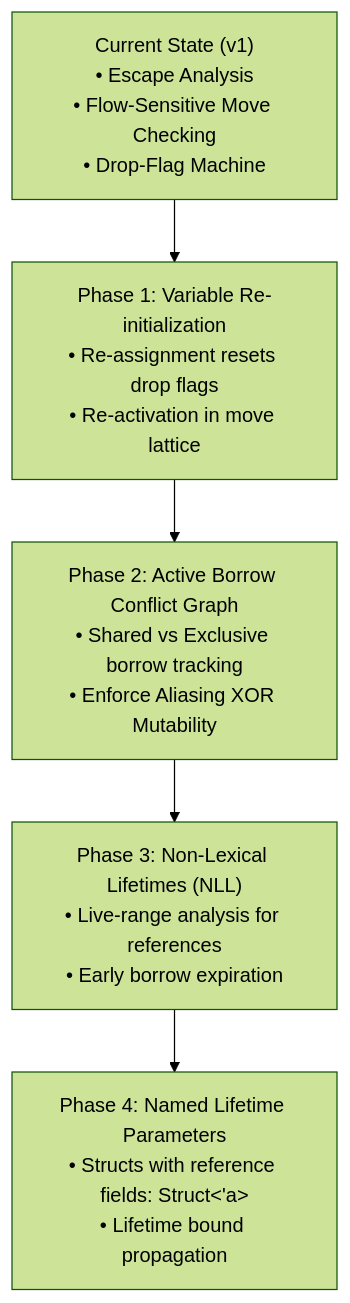
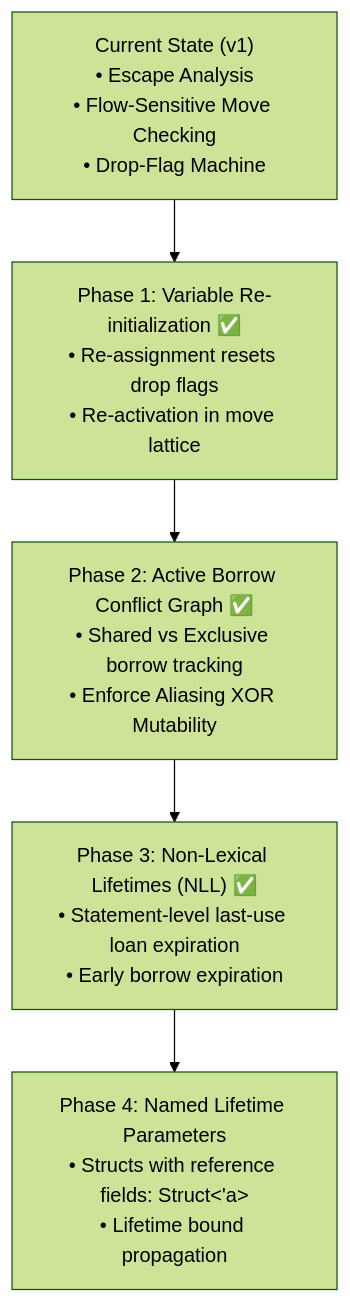
The diagram in docs/borrow-checker/current-limitations-and-roadmap.md (CierCier/silver), drawn with Mermaid (forest theme) before and after one commit. The commit also changed other lines of this file and 2 other files, not shown here.

Commit message:
docs: document NLL last-use loan expiration

````diff
--- a/docs/borrow-checker/current-limitations-and-roadmap.md
+++ b/docs/borrow-checker/current-limitations-and-roadmap.md
@@ -55,7 +62,7 @@
 ```mermaid
 flowchart TD
-    Current["Current State (v1)\n• Escape Analysis\n• Flow-Sensitive Move Checking\n• Drop-Flag Machine"] --> P1["Phase 1: Variable Re-initialization\n• Re-assignment resets drop flags\n• Re-activation in move lattice"]
-    P1 --> P2["Phase 2: Active Borrow Conflict Graph\n• Shared vs Exclusive borrow tracking\n• Enforce Aliasing XOR Mutability"]
-    P2 --> P3["Phase 3: Non-Lexical Lifetimes (NLL)\n• Live-range analysis for references\n• Early borrow expiration"]
+    Current["Current State (v1)\n• Escape Analysis\n• Flow-Sensitive Move Checking\n• Drop-Flag Machine"] --> P1["Phase 1: Variable Re-initialization ✅\n• Re-assignment resets drop flags\n• Re-activation in move lattice"]
+    P1 --> P2["Phase 2: Active Borrow Conflict Graph ✅\n• Shared vs Exclusive borrow tracking\n• Enforce Aliasing XOR Mutability"]
+    P2 --> P3["Phase 3: Non-Lexical Lifetimes (NLL) ✅\n• Statement-level last-use loan expiration\n• Early borrow expiration"]
     P3 --> P4["Phase 4: Named Lifetime Parameters\n• Structs with reference fields: Struct<'a>\n• Lifetime bound propagation"]
 ```
````
